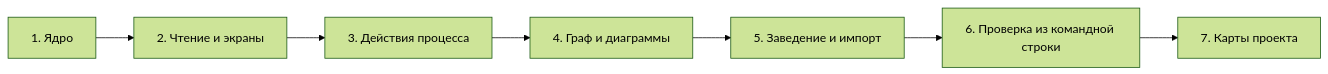
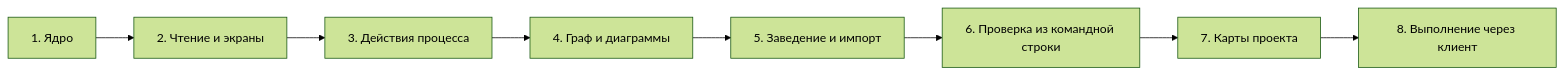
Before and after one commit to chelowek054-lgtm/docdd-console: the diagram in docs/06-phases.md, drawn with Mermaid (forest theme). The commit also changed other lines of this file and 26 other files, not shown here.

First line of the commit message:
feat: работа над задачей идёт через клиент

````diff
--- a/docs/06-phases.md
+++ b/docs/06-phases.md
@@ -6,9 +6,10 @@
 ```mermaid
 flowchart LR
     f1["1. Ядро"] --> f2["2. Чтение и экраны"]
     f2 --> f3["3. Действия процесса"]
     f3 --> f4["4. Граф и диаграммы"]
     f4 --> f5["5. Заведение и импорт"]
     f5 --> f6["6. Проверка из командной строки"]
     f6 --> f7["7. Карты проекта"]
+    f7 --> f8["8. Выполнение через клиент"]
 ```
````
